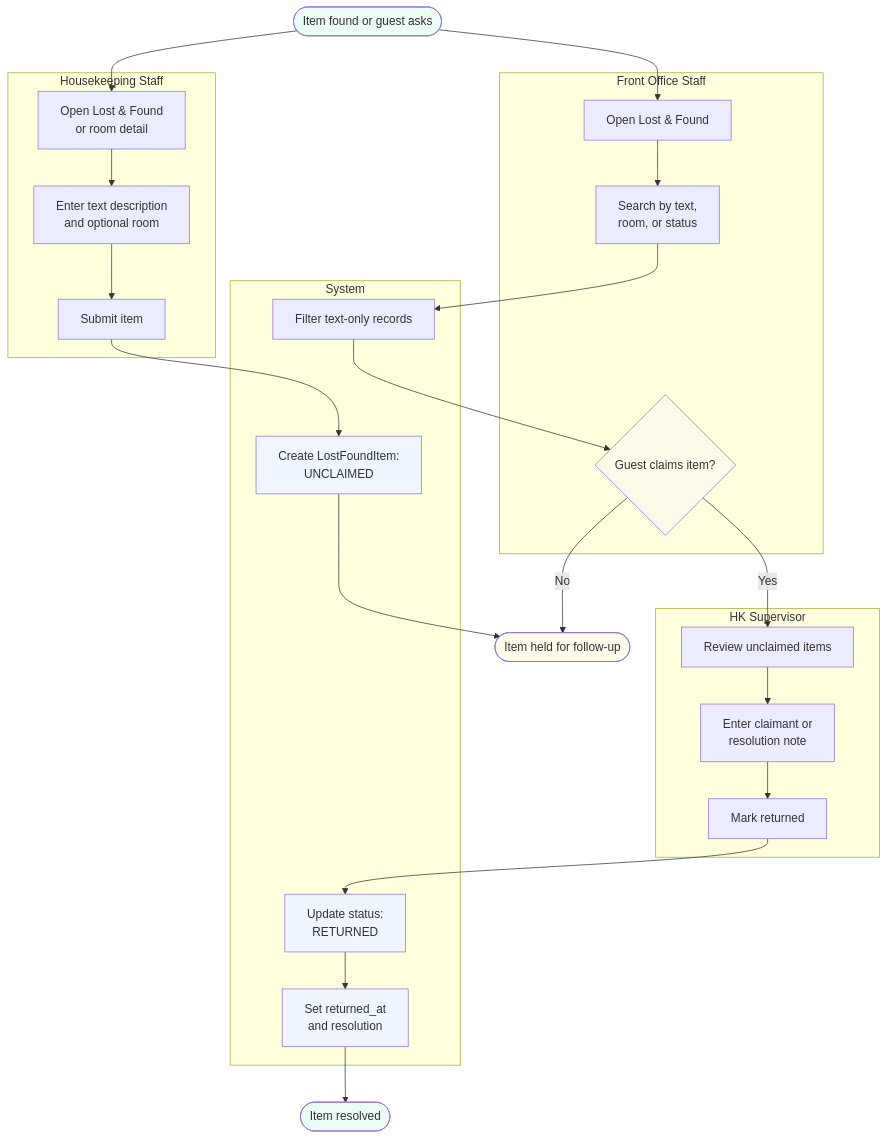
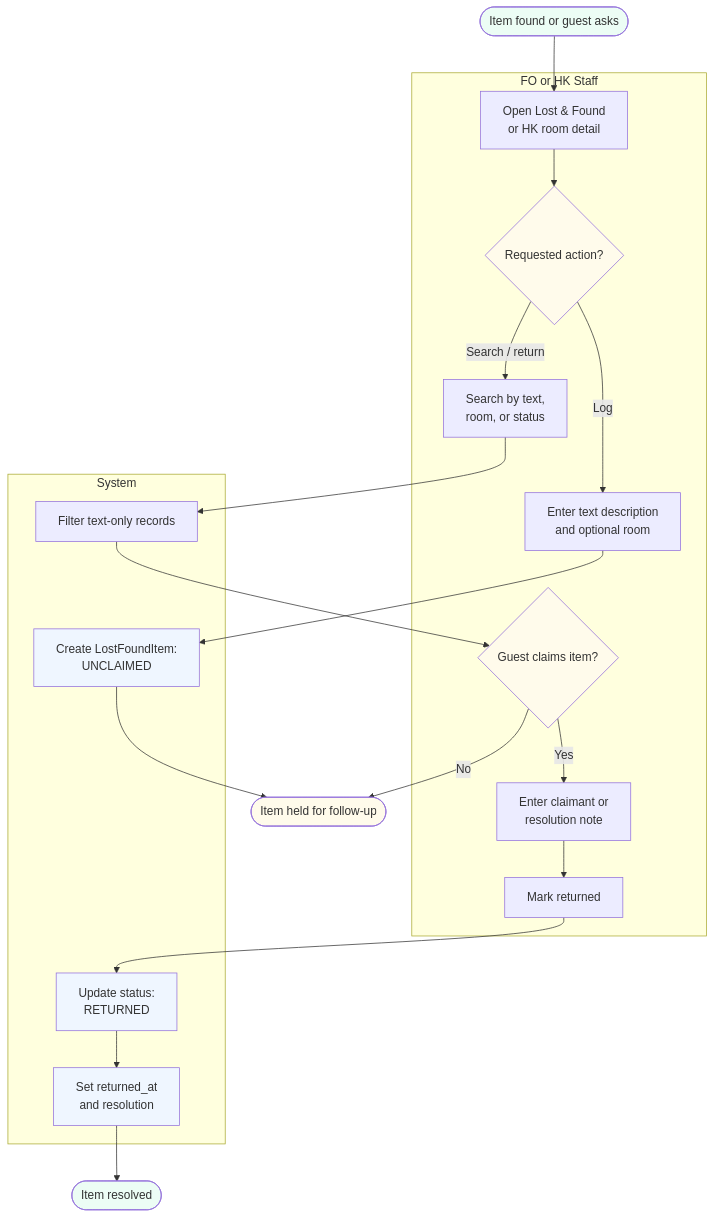
The seventh of 8 diagrams in docs/activity_diagram_mvp.md (nurmareko/zadd-hotel-pms), drawn with Mermaid before and after one commit. The commit also changed other lines of this file and 9 other files, not shown here.

````diff
--- a/docs/activity_diagram_mvp.md
+++ b/docs/activity_diagram_mvp.md
@@ -556,45 +559,39 @@
 ```mermaid
 flowchart TD
     Start([Item found or guest asks])
 
-    subgraph HK[Housekeeping Staff]
-        HK1[Open Lost & Found<br/>or room detail]
-        HK2[Enter text description<br/>and optional room]
-        HK3[Submit item]
-    end
-
-    subgraph FO[Front Office Staff]
-        FO1[Open Lost & Found]
-        FO2[Search by text,<br/>room, or status]
-        FO3{Guest claims item?}
-    end
-
-    subgraph SUP[HK Supervisor]
-        SUP1[Review unclaimed items]
-        SUP2[Enter claimant or<br/>resolution note]
-        SUP3[Mark returned]
+    subgraph STAFF[FO or HK Staff]
+        ST1[Open Lost & Found<br/>or HK room detail]
+        ST2{Requested action?}
+        ST3[Enter text description<br/>and optional room]
+        ST4[Search by text,<br/>room, or status]
+        ST5{Guest claims item?}
+        ST6[Enter claimant or<br/>resolution note]
+        ST7[Mark returned]
     end
 
     subgraph S[System]
         S1[Create LostFoundItem:<br/>UNCLAIMED]
         S2[Filter text-only records]
         S3[Update status:<br/>RETURNED]
         S4[Set returned_at<br/>and resolution]
     end
 
     End1([Item held for follow-up])
     End2([Item resolved])
 
-    Start --> HK1 --> HK2 --> HK3 --> S1 --> End1
-    Start --> FO1 --> FO2 --> S2 --> FO3
-    FO3 -->|No| End1
-    FO3 -->|Yes| SUP1 --> SUP2 --> SUP3 --> S3 --> S4 --> End2
+    Start --> ST1 --> ST2
+    ST2 -->|Log| ST3 --> S1 --> End1
+    ST2 -->|Search / return| ST4 --> S2 --> ST5
+    ST5 -->|No| End1
+    ST5 -->|Yes| ST6 --> ST7 --> S3 --> S4 --> End2
 
     style Start fill:#ecfdf5
     style End1 fill:#fffbeb
     style End2 fill:#ecfdf5
-    style FO3 fill:#fffbeb
+    style ST2 fill:#fffbeb
+    style ST5 fill:#fffbeb
     style S1 fill:#eff6ff
     style S3 fill:#eff6ff
     style S4 fill:#eff6ff
 ```
````
